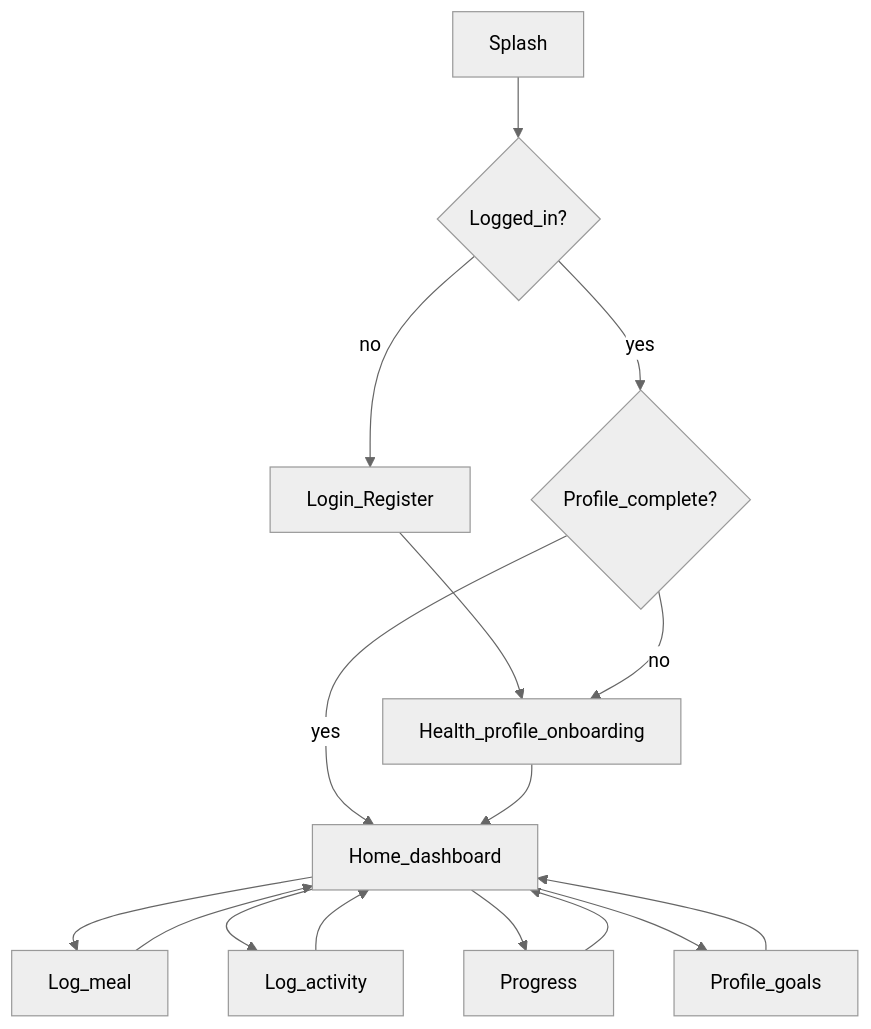
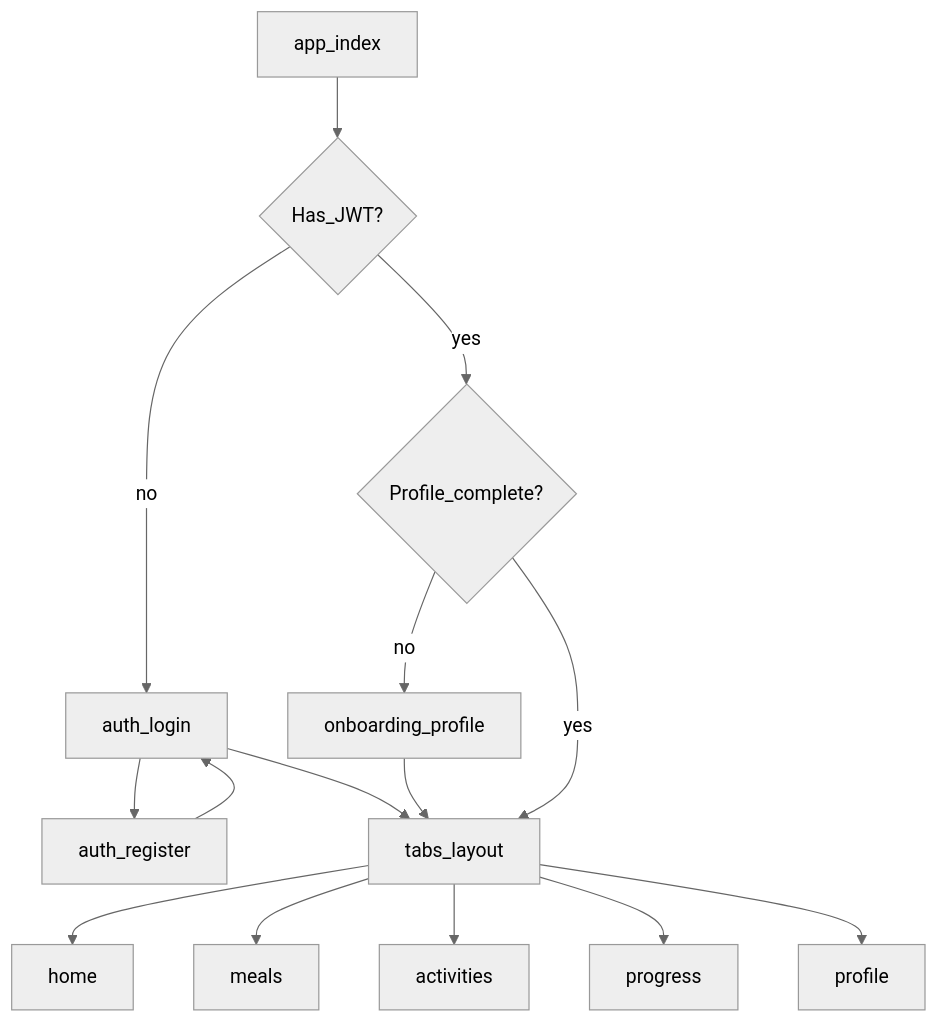
One commit to RtinFp/relapsa changed the diagram in docs/architecture/frontend-flows.md. Above: the diagram before and after it, drawn with Mermaid (neutral theme). The commit also changed other lines of this file and 10 other files, not shown here.

````diff
--- a/docs/architecture/frontend-flows.md
+++ b/docs/architecture/frontend-flows.md
@@ -5,20 +3,18 @@
 ```mermaid
 flowchart TD
-  splash[Splash] --> auth{Logged_in?}
-  auth -->|no| login[Login_Register]
-  login --> onboarding[Health_profile_onboarding]
-  auth -->|yes| gate{Profile_complete?}
-  gate -->|no| onboarding
-  gate -->|yes| home[Home_dashboard]
-  onboarding --> home
+  index[app_index] --> authGate{Has_JWT?}
+  authGate -->|no| login[auth_login]
+  login --> register[auth_register]
+  register --> login
+  login --> tabs
+  authGate -->|yes| profileGate{Profile_complete?}
+  profileGate -->|no| onboarding[onboarding_profile]
+  onboarding --> tabs
+  profileGate -->|yes| tabs[tabs_layout]
 
-  home --> meal[Log_meal]
-  home --> activity[Log_activity]
-  home --> progress[Progress]
-  home --> profile[Profile_goals]
-
-  meal --> home
-  activity --> home
-  progress --> home
-  profile --> home
+  tabs --> home[home]
+  tabs --> meals[meals]
+  tabs --> activities[activities]
+  tabs --> progress[progress]
+  tabs --> profile[profile]
 ```
````
